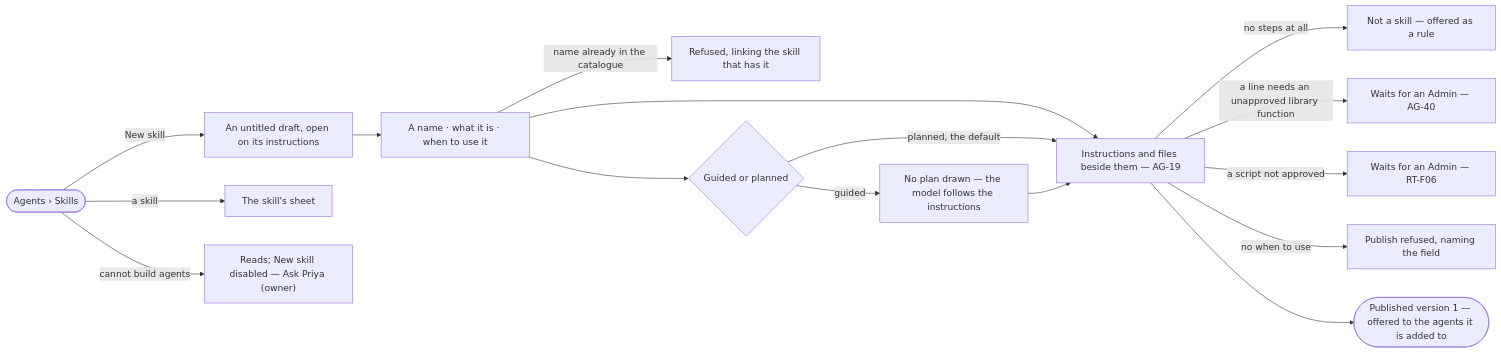
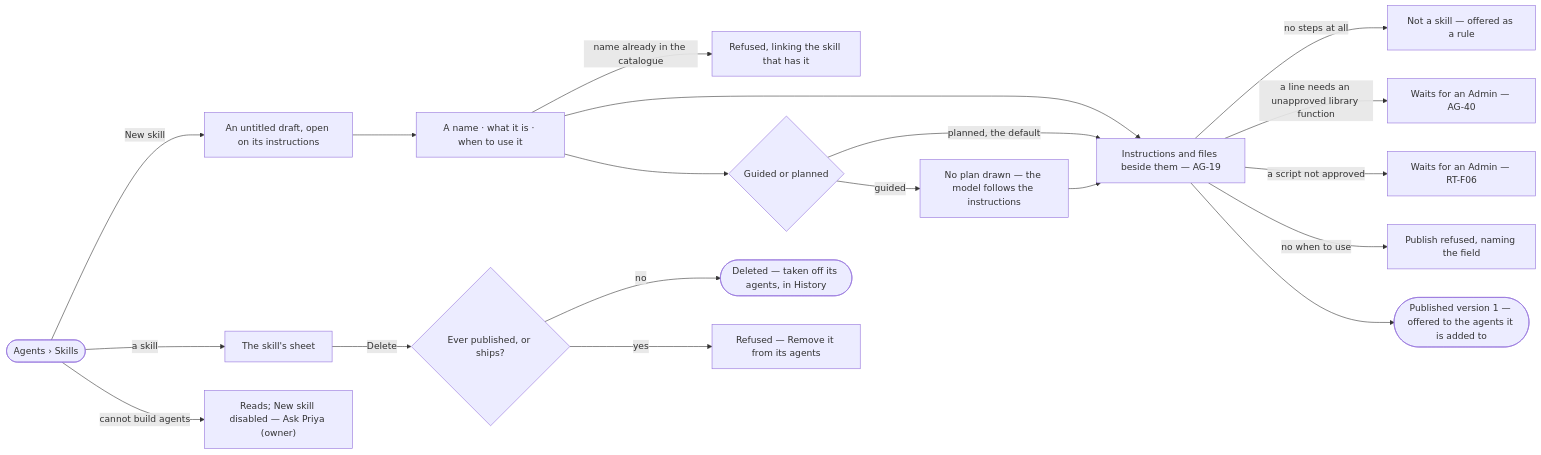
The diagram in specs/capabilities/agents/features/AG-F04-skills/stories/AG-37-build-a-skill-once-for-every-agent-that-does-the-work/story.md (invana/invana), drawn with Mermaid before and after one commit. The commit also changed other lines of this file and 637 other files, not shown here.

````diff
--- a/specs/capabilities/agents/features/AG-F04-skills/stories/AG-37-build-a-skill-once-for-every-agent-that-does-the-work/story.md
+++ b/specs/capabilities/agents/features/AG-F04-skills/stories/AG-37-build-a-skill-once-for-every-agent-that-does-the-work/story.md
@@ -27,17 +27,20 @@
 ```mermaid
 flowchart LR
   s([Agents › Skills]) -->|New skill| d["An untitled draft, open on its instructions"]
   s -->|a skill| sh["The skill's sheet"]
   d --> n["A name · what it is · when to use it"]
   n -->|name already in the catalogue| nx["Refused, linking the skill that has it"]
   n --> i["Instructions and files beside them — AG-19"]
   i -->|no steps at all| r["Not a skill — offered as a rule"]
   i -->|a line needs an unapproved library function| ap["Waits for an Admin — AG-40"]
   i -->|a script not approved| sp["Waits for an Admin — RT-F06"]
   n --> md{"Guided or planned"}
   md -->|planned, the default| i
   md -->|guided| gi["No plan drawn — the model follows the instructions"] --> i
   i -->|no when to use| wx["Publish refused, naming the field"]
   i --> p(["Published version 1 — offered to the agents it is added to"])
   s -->|cannot build agents| ro["Reads; New skill disabled — Ask Priya (owner)"]
+  sh -->|Delete| dl{"Ever published, or ships?"}
+  dl -->|no| gone(["Deleted — taken off its agents, in History"])
+  dl -->|yes| dx["Refused — Remove it from its agents"]
 ```
````
